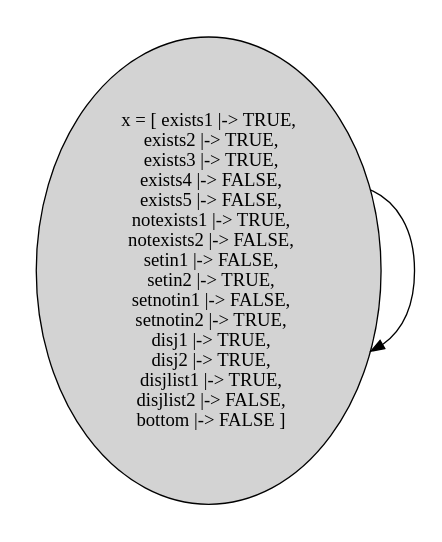
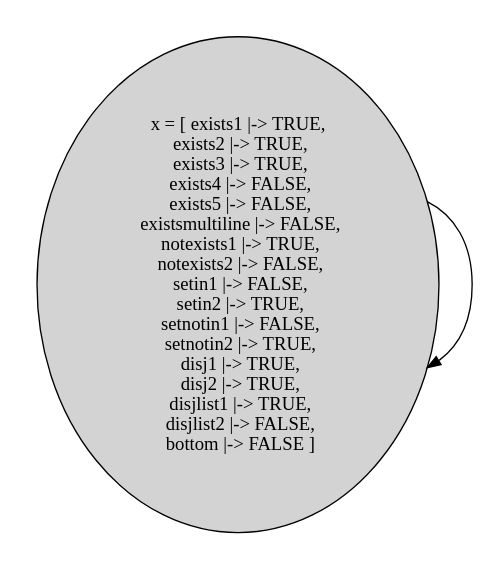
Before and after one commit to will62794/tla-web: the diagram in specs/with_state_graphs/simple_disjunction_constant.tla.dot, drawn with Graphviz. The commit also changed 7 other files, not shown here.

```diff
--- a/specs/with_state_graphs/simple_disjunction_constant.tla.dot
+++ b/specs/with_state_graphs/simple_disjunction_constant.tla.dot
@@ -1,9 +1,9 @@
 strict digraph DiskGraph {
 nodesep=0.35;
 subgraph cluster_graph {
 color="white";
--1024821027776307207 [label="x = [ exists1 |-> TRUE,\n  exists2 |-> TRUE,\n  exists3 |-> TRUE,\n  exists4 |-> FALSE,\n  exists5 |-> FALSE,\n  notexists1 |-> TRUE,\n  notexists2 |-> FALSE,\n  setin1 |-> FALSE,\n  setin2 |-> TRUE,\n  setnotin1 |-> FALSE,\n  setnotin2 |-> TRUE,\n  disj1 |-> TRUE,\n  disj2 |-> TRUE,\n  disjlist1 |-> TRUE,\n  disjlist2 |-> FALSE,\n  bottom |-> FALSE ]",style = filled]
--1024821027776307207 -> -1024821027776307207 [label="",color="black",fontcolor="black"];
-{rank = same; -1024821027776307207;}
+-4017931404198093157 [label="x = [ exists1 |-> TRUE,\n  exists2 |-> TRUE,\n  exists3 |-> TRUE,\n  exists4 |-> FALSE,\n  exists5 |-> FALSE,\n  existsmultiline |-> FALSE,\n  notexists1 |-> TRUE,\n  notexists2 |-> FALSE,\n  setin1 |-> FALSE,\n  setin2 |-> TRUE,\n  setnotin1 |-> FALSE,\n  setnotin2 |-> TRUE,\n  disj1 |-> TRUE,\n  disj2 |-> TRUE,\n  disjlist1 |-> TRUE,\n  disjlist2 |-> FALSE,\n  bottom |-> FALSE ]",style = filled]
+-4017931404198093157 -> -4017931404198093157 [label="",color="black",fontcolor="black"];
+{rank = same; -4017931404198093157;}
 }
 }
```
